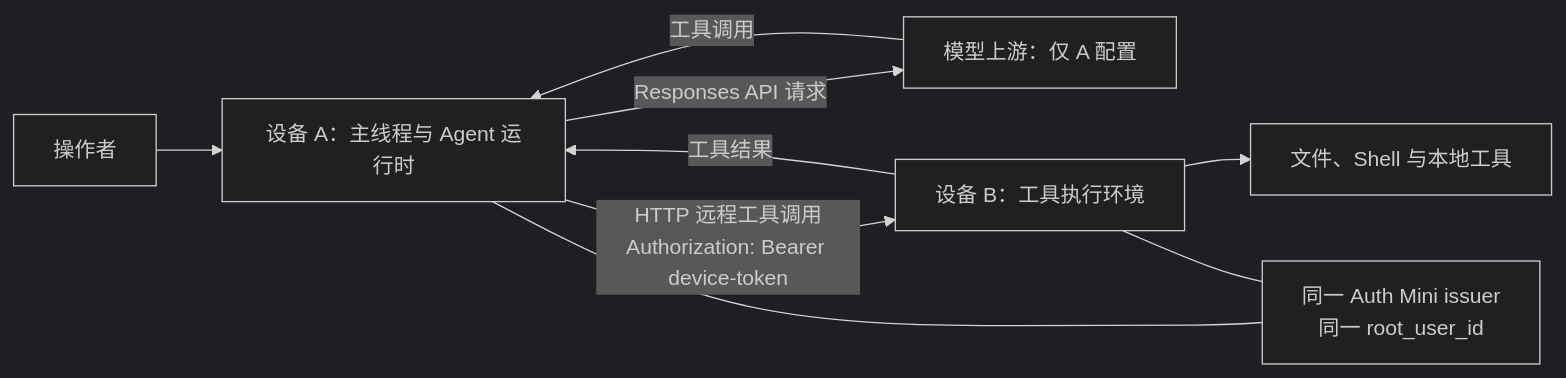
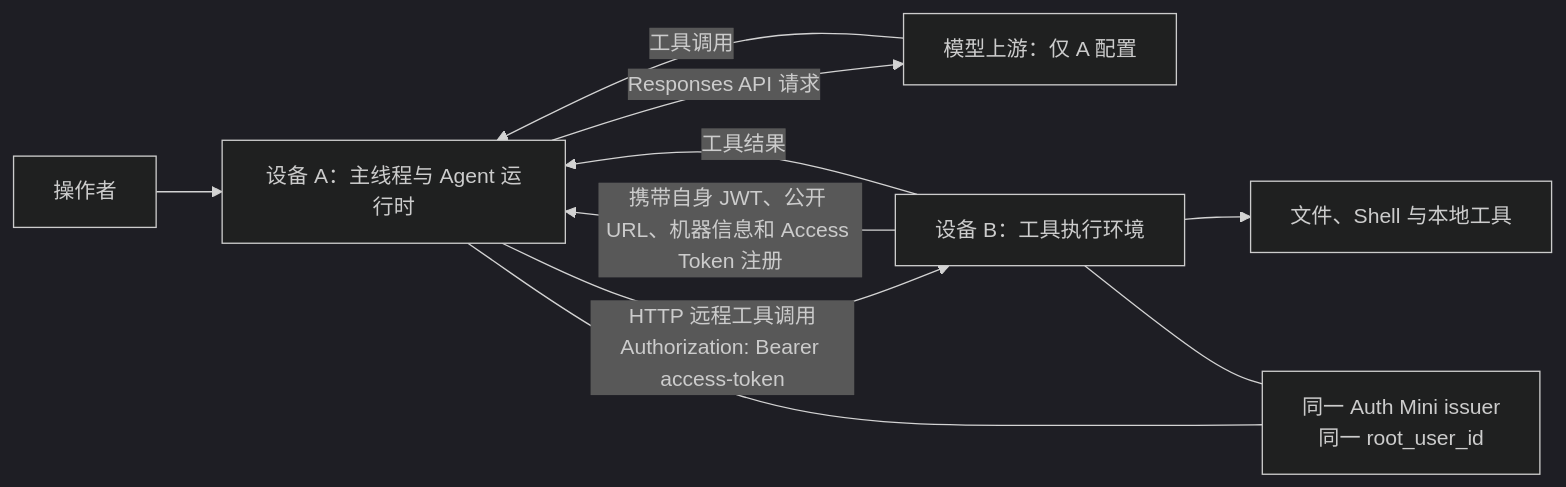
The second of 3 diagrams in README.md (zccz14/cybion), drawn with Mermaid (dark theme) before and after one commit. The commit also changed other lines of this file and 5 other files, not shown here.

````diff
--- a/README.md
+++ b/README.md
@@ -185,11 +186,12 @@
 ```mermaid
 flowchart LR
   U["操作者"] --> A["设备 A：主线程与 Agent 运行时"]
   A -->|"Responses API 请求"| M["模型上游：仅 A 配置"]
   M -->|"工具调用"| A
-  A -->|"HTTP 远程工具调用<br/>Authorization: Bearer device-token"| B["设备 B：工具执行环境"]
+  B -->|"携带自身 JWT、公开 URL、机器信息和 Access Token 注册"| A
+  A -->|"HTTP 远程工具调用<br/>Authorization: Bearer access-token"| B["设备 B：工具执行环境"]
   B --> F["文件、Shell 与本地工具"]
   B -->|"工具结果"| A
   A --- R["同一 Auth Mini issuer<br/>同一 root_user_id"]
   B --- R
 ```
````
